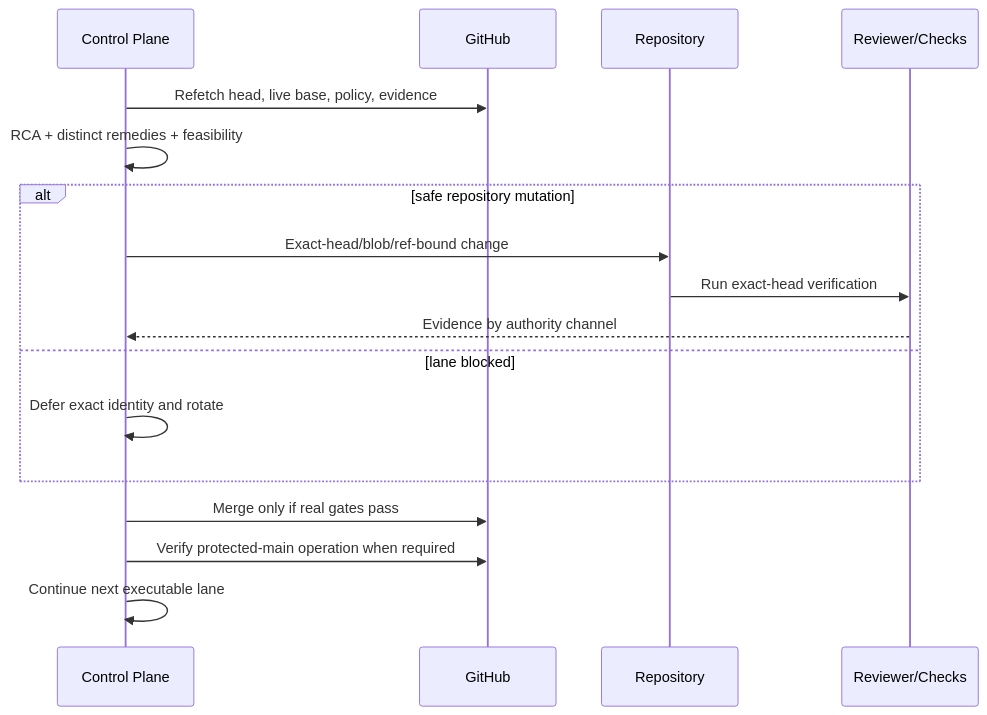
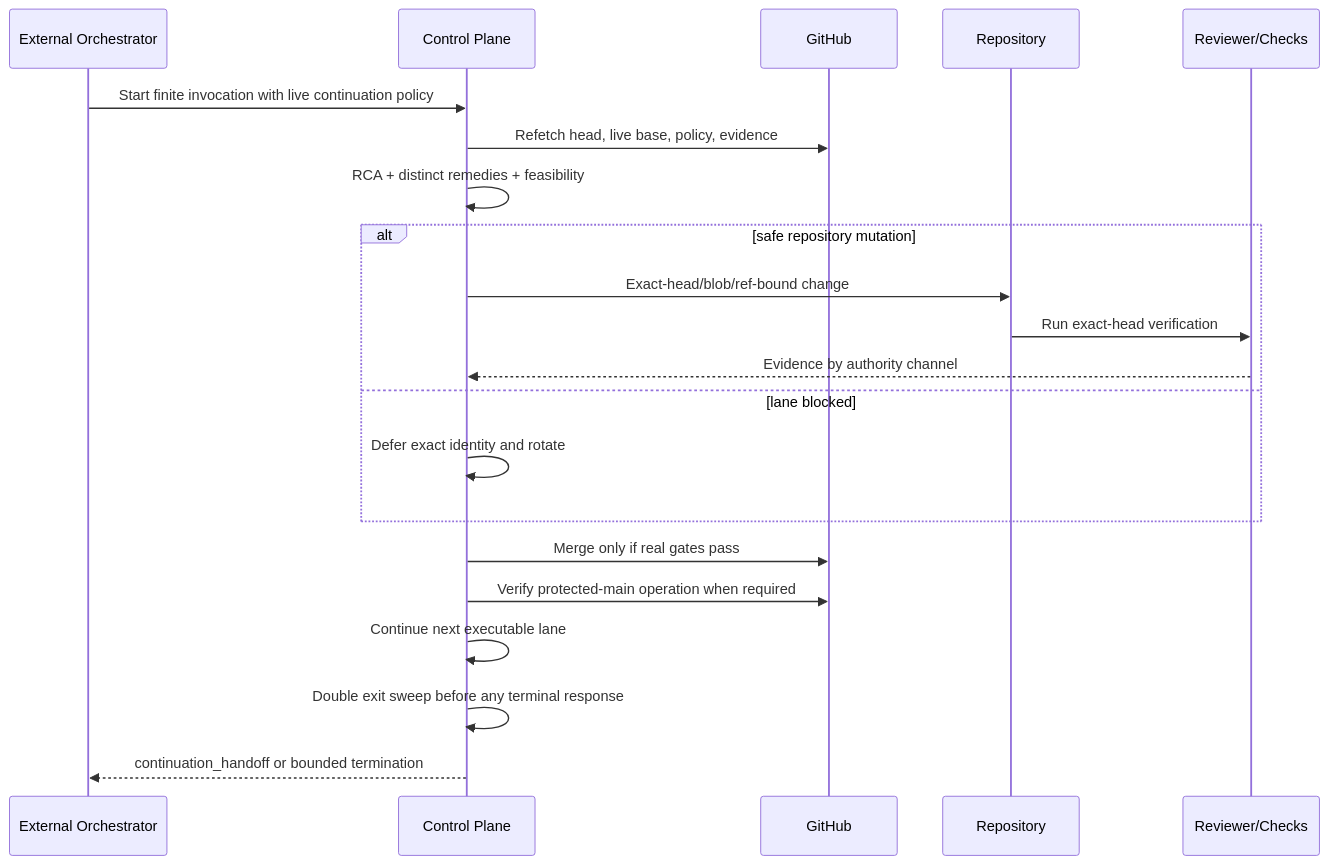
The second of 3 diagrams in docs/automation/ARCHITECTURE.md (ContextualWisdomLab/.github), drawn with Mermaid before and after one commit. The commit also changed other lines of this file, not shown here.

Commit message:
docs(automation): model external orchestration and continuation planes

````diff
--- a/docs/automation/ARCHITECTURE.md
+++ b/docs/automation/ARCHITECTURE.md
@@ -47,19 +69,23 @@
 ```mermaid
 sequenceDiagram
+  participant X as External Orchestrator
   participant C as Control Plane
   participant G as GitHub
   participant R as Repository
   participant V as Reviewer/Checks
+  X->>C: Start finite invocation with live continuation policy
   C->>G: Refetch head, live base, policy, evidence
   C->>C: RCA + distinct remedies + feasibility
   alt safe repository mutation
     C->>R: Exact-head/blob/ref-bound change
     R->>V: Run exact-head verification
     V-->>C: Evidence by authority channel
   else lane blocked
     C->>C: Defer exact identity and rotate
   end
   C->>G: Merge only if real gates pass
   C->>G: Verify protected-main operation when required
   C->>C: Continue next executable lane
+  C->>C: Double exit sweep before any terminal response
+  C-->>X: continuation_handoff or bounded termination
 ```
````
